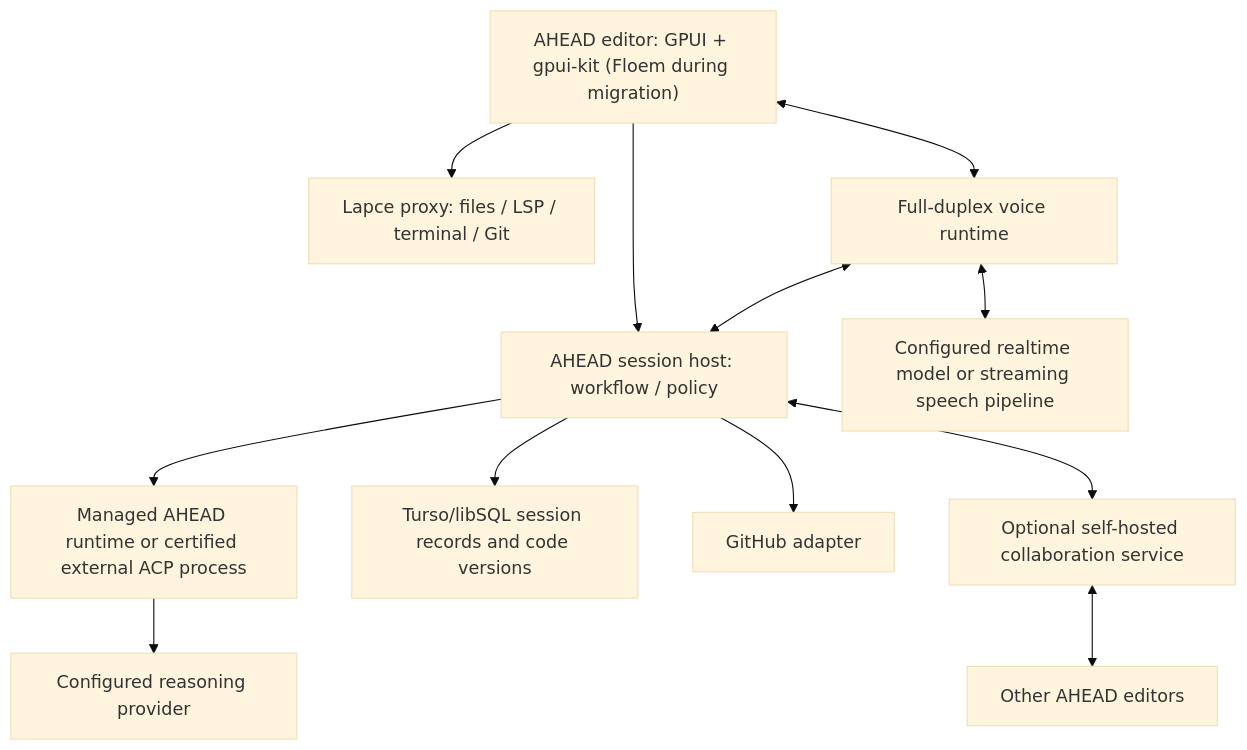
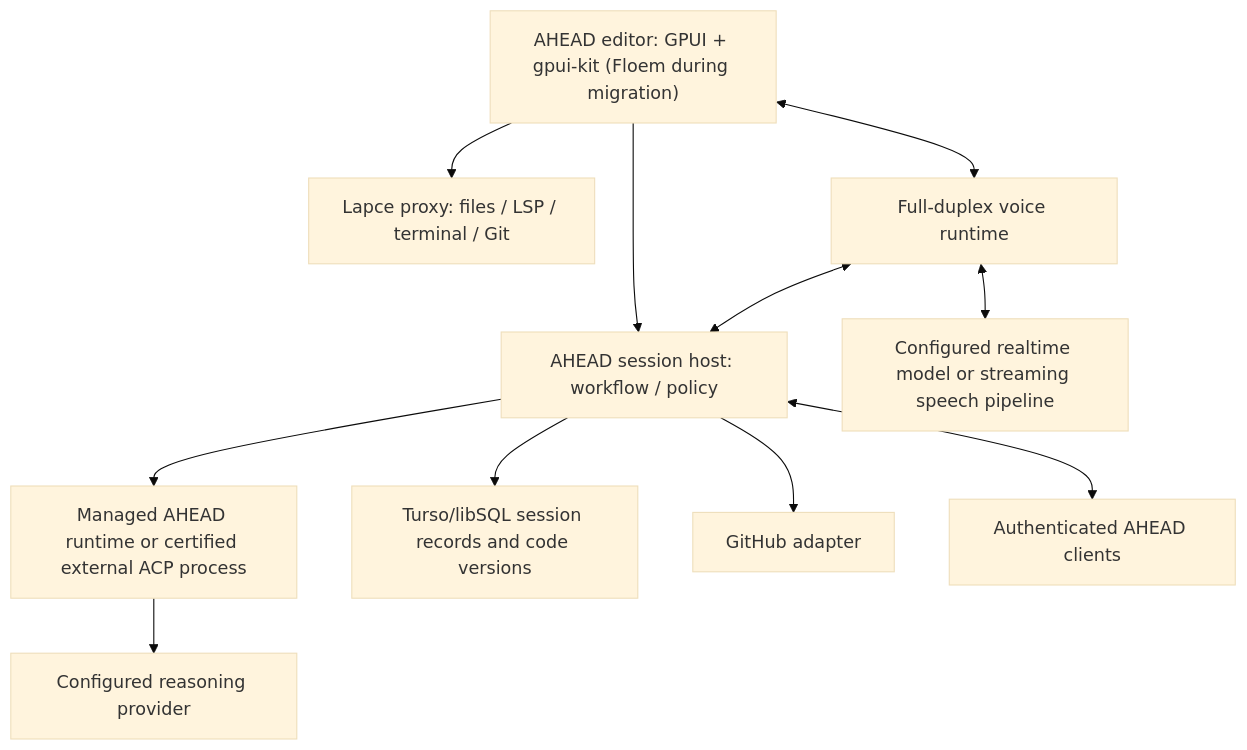
The first of 2 diagrams in docs/development/ahead-editor-mvp.md (Kade-Powell/ahead), drawn with Mermaid (base theme) before and after one commit. The commit also changed other lines of this file and 294 other files, not shown here.

````diff
--- a/docs/development/ahead-editor-mvp.md
+++ b/docs/development/ahead-editor-mvp.md
@@ -266,14 +273,13 @@
 ```mermaid
 flowchart TD
     UI["AHEAD editor: GPUI + gpui-kit (Floem during migration)"] --> Host["AHEAD session host: workflow / policy"]
     UI --> Proxy["Lapce proxy: files / LSP / terminal / Git"]
     Host --> Runtime["Managed AHEAD runtime or certified external ACP process"]
     Runtime --> Models["Configured reasoning provider"]
     UI <--> Audio["Full-duplex voice runtime"]
     Audio <--> Host
     Audio <--> Speech["Configured realtime model or streaming speech pipeline"]
     Host --> Local["Turso/libSQL session records and code versions"]
     Host --> Tracker["GitHub adapter"]
-    Host <--> Team["Optional self-hosted collaboration service"]
-    Team <--> Peer["Other AHEAD editors"]
+    Host <--> Peer["Authenticated AHEAD clients"]
 ```
````
